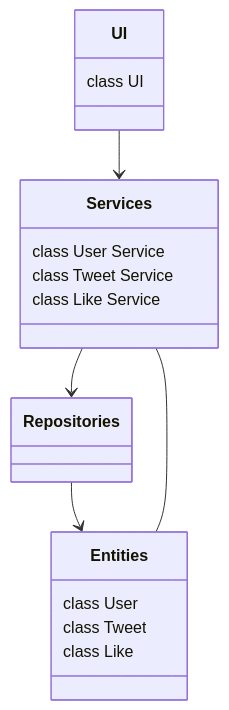
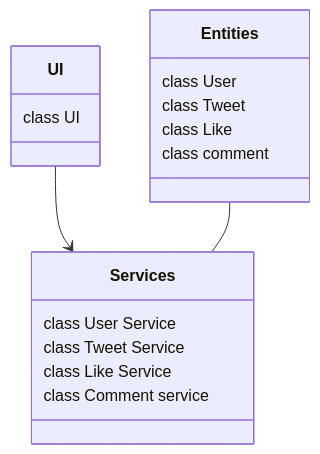
The first of 2 diagrams in twitter_application/documentation/architecture.md (r-elsa/ot_harjoitusty-), drawn with Mermaid before and after one commit. The commit also changed other lines of this file, not shown here.

````diff
--- a/twitter_application/documentation/architecture.md
+++ b/twitter_application/documentation/architecture.md
@@ -1,24 +8,22 @@
 ```mermaid
  classDiagram
       UI -->  Services
       Entities -- Services
-      Services --> Repositories
-      Repositories --> Entities
+   
       class Services{
           class User Service
           class Tweet Service
           class Like Service
+          class Comment service
       }
       class UI{
           class UI
       }
       class Entities {
-        class User
-        class Tweet
-        class Like
+      class User
+      class Tweet
+      class Like
+      class comment
       }
-      class Repositories{
-      
-      
-      }
+    
 ```
````
